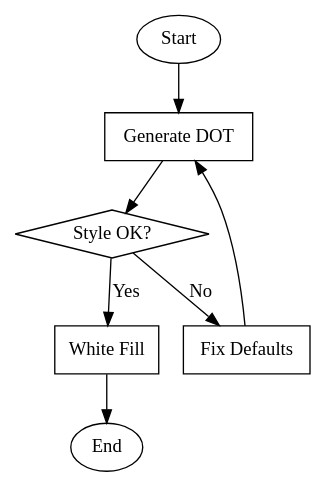
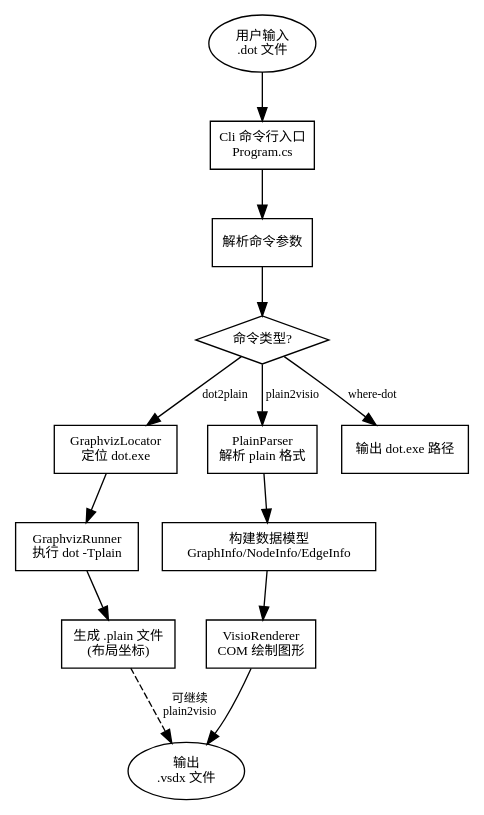
The diagram in verify-output/style-check.dot (yjrqz777/flow2visio-skills), drawn with Graphviz before and after one commit. The commit also changed 7 other files, not shown here.

Commit message:
switch2Graphviz2Visio-win-x64-standalone

```diff
--- a/verify-output/style-check.dot
+++ b/verify-output/style-check.dot
@@ -1,34 +1,62 @@
-digraph Flow2VisioStyleCheck {
-  graph [
-    rankdir=TB,
-    bgcolor="white"
-  ];
+digraph G {
+    rankdir=TB;
+    fontname="Microsoft YaHei";
+    node [fontname="Microsoft YaHei", fontsize=10];
+    edge [fontname="Microsoft YaHei", fontsize=9];
 
-  node [
-    style="filled",
-    fillcolor="white",
-    color="black",
-    fontcolor="black",
-    fontname="Microsoft YaHei"
-  ];
+    graph [
+        bgcolor="white"
+    ];
 
-  edge [
-    color="black",
-    fontcolor="black",
-    fontname="Microsoft YaHei"
-  ];
+    node [
+        style="filled",
+        fillcolor="white",
+        color="black",
+        fontcolor="black"
+    ];
 
-  start [shape=oval, label="Start"];
-  process [shape=box, label="Generate DOT"];
-  decision [shape=diamond, label="Style OK?"];
-  ok [shape=box, label="White Fill"];
-  fix [shape=box, label="Fix Defaults"];
-  end [shape=oval, label="End"];
+    edge [
+        color="black",
+        fontcolor="black"
+    ];
 
-  start -> process;
-  process -> decision;
-  decision -> ok [label="Yes"];
-  decision -> fix [label="No"];
-  ok -> end;
-  fix -> process;
+    // Start/End
+    start [label="用户输入\n.dot 文件", shape=oval];
+    end [label="输出\n.vsdx 文件", shape=oval];
+
+    // CLI layer
+    cli [label="Cli 命令行入口\nProgram.cs", shape=box];
+    parse_cmd [label="解析命令参数", shape=box];
+    cmd_decision [label="命令类型?", shape=diamond];
+
+    // dot2plain branch
+    find_dot [label="GraphvizLocator\n定位 dot.exe", shape=box];
+    run_dot [label="GraphvizRunner\n执行 dot -Tplain", shape=box];
+    plain_output [label="生成 .plain 文件\n(布局坐标)", shape=box];
+
+    // plain2visio branch
+    parse_plain [label="PlainParser\n解析 plain 格式", shape=box];
+    build_model [label="构建数据模型\nGraphInfo/NodeInfo/EdgeInfo", shape=box];
+    render_visio [label="VisioRenderer\nCOM 绘制图形", shape=box];
+
+    // where-dot branch
+    where_dot [label="输出 dot.exe 路径", shape=box];
+
+    // Flow
+    start -> cli;
+    cli -> parse_cmd;
+    parse_cmd -> cmd_decision;
+
+    cmd_decision -> find_dot [label="dot2plain"];
+    cmd_decision -> parse_plain [label="plain2visio"];
+    cmd_decision -> where_dot [label="where-dot"];
+
+    find_dot -> run_dot;
+    run_dot -> plain_output;
+
+    parse_plain -> build_model;
+    build_model -> render_visio;
+    render_visio -> end;
+
+    plain_output -> end [style=dashed, label="可继续\nplain2visio"];
 }
```
